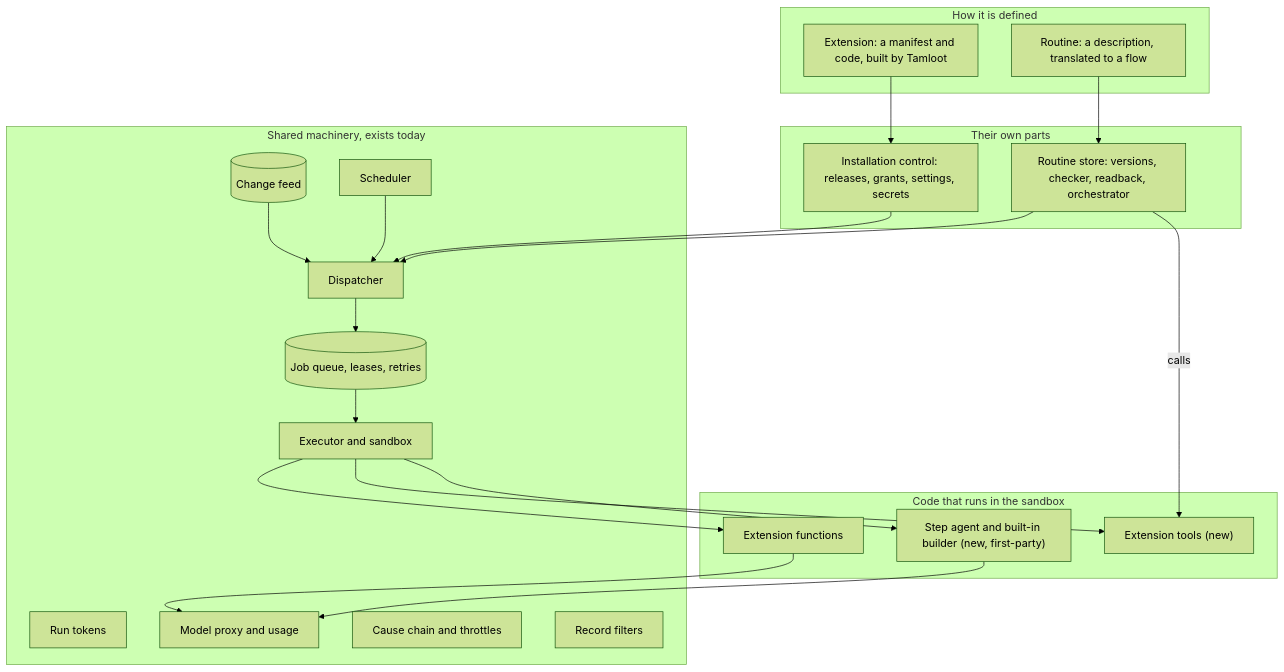
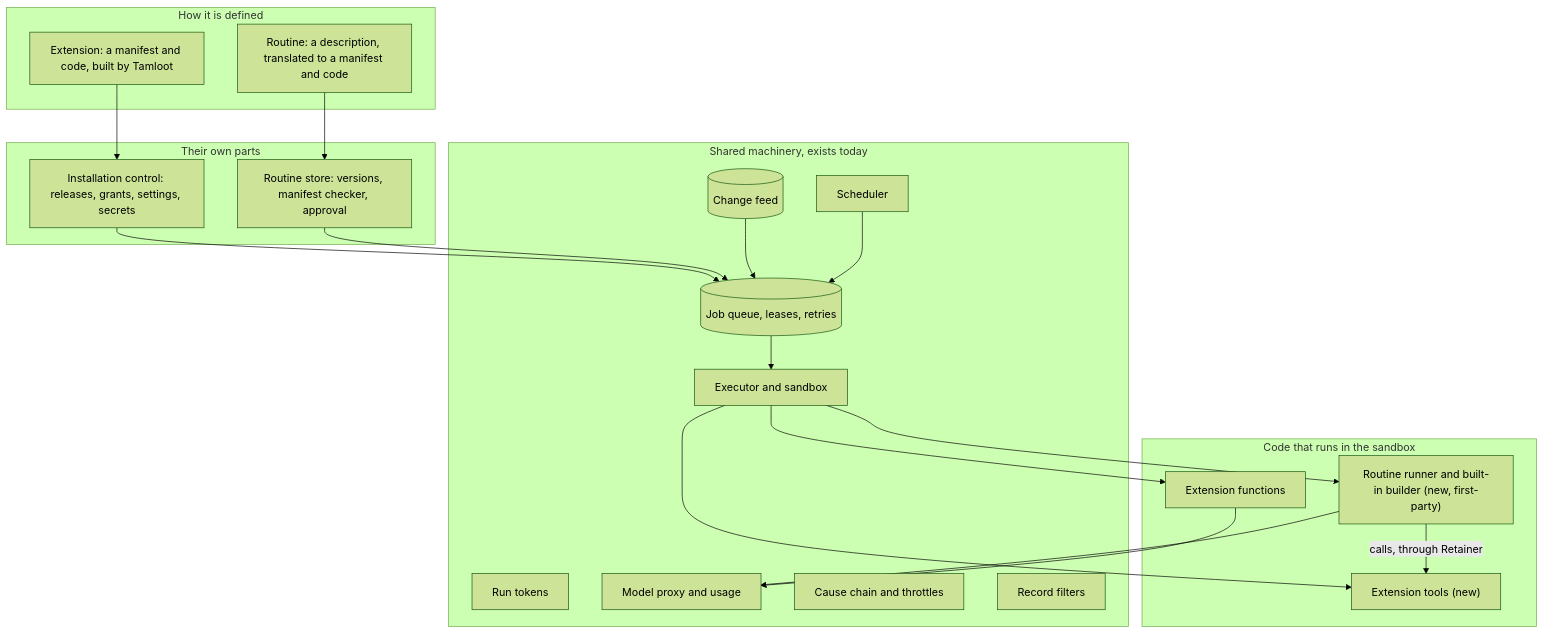
Before and after one commit to Tamloot-cc/Retainer: the fifth of 5 diagrams in docs/specs/routines.md, drawn with Mermaid (forest theme). The commit also changed other lines of this file, not shown here.

First line of the commit message:
Rewrite the Routines spec: a routine is TypeScript code

````diff
--- a/docs/specs/routines.md
+++ b/docs/specs/routines.md
@@ -799,41 +767,39 @@
 ```mermaid
 flowchart TB
   subgraph Author["How it is defined"]
     MAN["Extension: a manifest and code, built by Tamloot"]
-    DESC["Routine: a description, translated to a flow"]
+    DESC["Routine: a description, translated to a manifest and code"]
   end
   subgraph Own["Their own parts"]
     INST["Installation control: releases, grants, settings, secrets"]
-    RSTORE["Routine store: versions, checker, readback, orchestrator"]
+    RSTORE["Routine store: versions, manifest checker, approval"]
   end
   subgraph Shared["Shared machinery, exists today"]
     FEED[("Change feed")]
-    DISP["Dispatcher"]
     SCHED["Scheduler"]
     Q[("Job queue, leases, retries")]
     EXEC["Executor and sandbox"]
     TOK["Run tokens"]
     PROXY["Model proxy and usage"]
     CAUSE["Cause chain and throttles"]
     FILT["Record filters"]
   end
   subgraph Code["Code that runs in the sandbox"]
     FN["Extension functions"]
     TOOL["Extension tools (new)"]
-    SAG["Step agent and built-in builder (new, first-party)"]
+    RR["Routine runner and built-in builder (new, first-party)"]
   end
   MAN --> INST
   DESC --> RSTORE
-  INST --> DISP
-  RSTORE --> DISP
-  FEED --> DISP
-  SCHED --> DISP
-  DISP --> Q
+  INST --> Q
+  RSTORE --> Q
+  FEED --> Q
+  SCHED --> Q
   Q --> EXEC
   EXEC --> FN
   EXEC --> TOOL
-  EXEC --> SAG
-  RSTORE -->|"calls"| TOOL
-  SAG --> PROXY
+  EXEC --> RR
+  RR -->|"calls, through Retainer"| TOOL
+  RR --> PROXY
   FN --> PROXY
 ```
````
